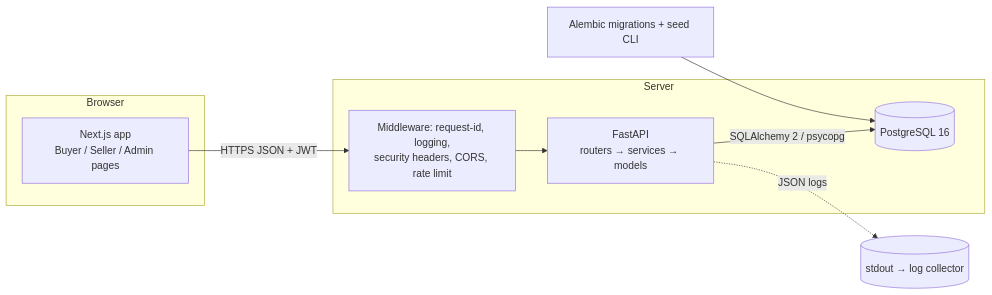
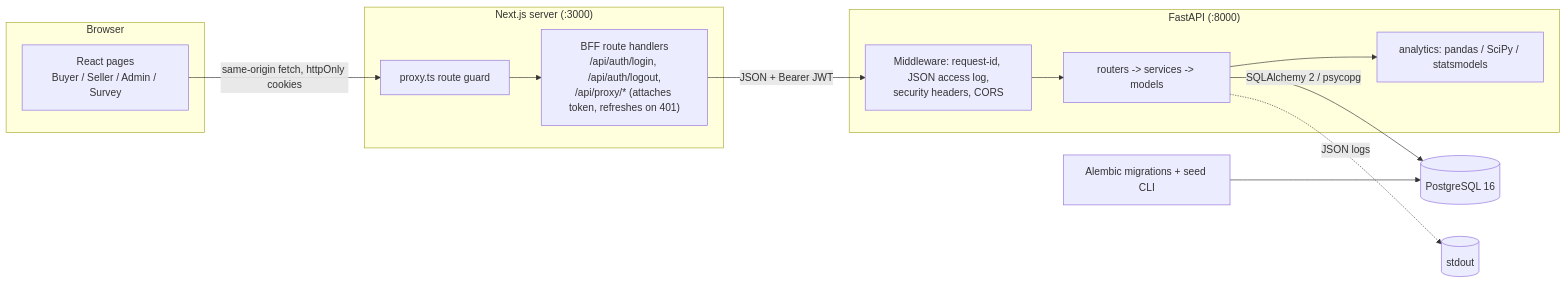
Before and after one commit to Sahar7Mirza/bazar-af: the first of 4 diagrams in docs/02-architecture.md, drawn with Mermaid. The commit also changed other lines of this file and 18 other files, not shown here.

````diff
--- a/docs/02-architecture.md
+++ b/docs/02-architecture.md
@@ -6,15 +6,22 @@
 ```mermaid
 flowchart LR
   subgraph Browser
-    UI[Next.js app<br/>Buyer / Seller / Admin pages]
+    UI[React pages<br/>Buyer / Seller / Admin / Survey]
   end
-  subgraph Server
-    API[FastAPI<br/>routers → services → models]
-    MW[Middleware: request-id, logging,<br/>security headers, CORS, rate limit]
-    DB[(PostgreSQL 16)]
+  subgraph Web["Next.js server (:3000)"]
+    GUARD[proxy.ts route guard]
+    BFF["BFF route handlers<br/>/api/auth/login, /api/auth/logout,<br/>/api/proxy/* (attaches token, refreshes on 401)"]
   end
-  UI -- HTTPS JSON + JWT --> MW --> API
-  API -- SQLAlchemy 2 / psycopg --> DB
-  API -. JSON logs .-> LOG[(stdout → log collector)]
-  ADM[Alembic migrations + seed CLI] --> DB
+  subgraph Api["FastAPI (:8000)"]
+    MW[Middleware: request-id, JSON access log,<br/>security headers, CORS]
+    R[routers -> services -> models]
+    AN[analytics: pandas / SciPy / statsmodels]
+  end
+  DB[(PostgreSQL 16)]
+  UI -- same-origin fetch, httpOnly cookies --> GUARD --> BFF
+  BFF -- JSON + Bearer JWT --> MW --> R
+  R --> AN
+  R -- SQLAlchemy 2 / psycopg --> DB
+  R -. JSON logs .-> LOG[(stdout)]
+  OPS[Alembic migrations + seed CLI] --> DB
 ```
````
